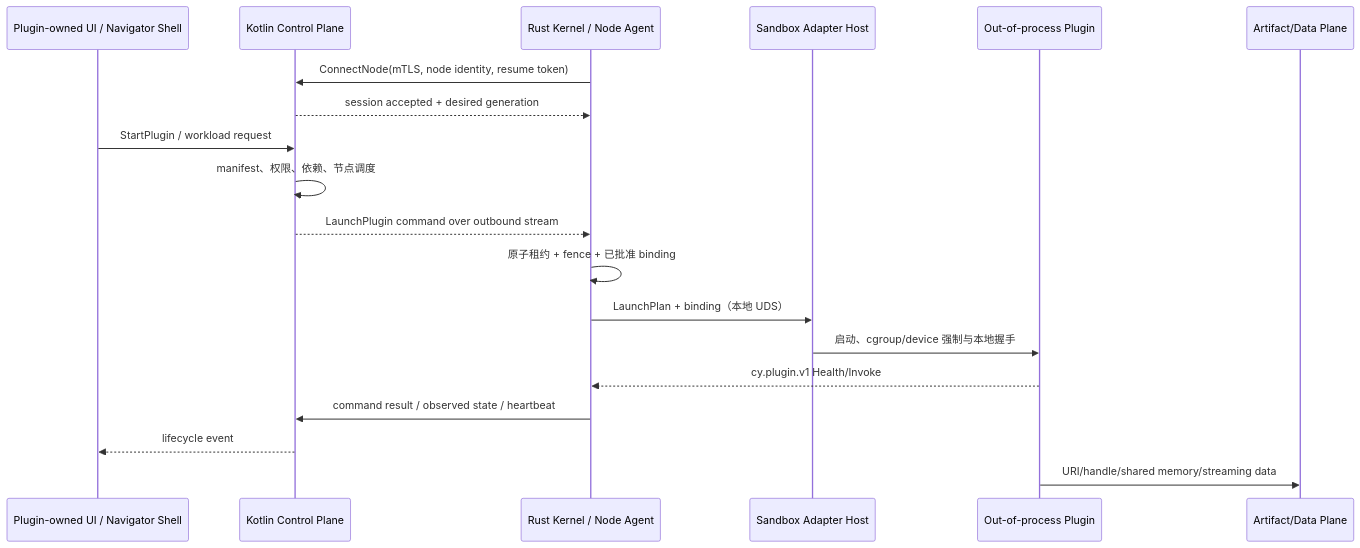
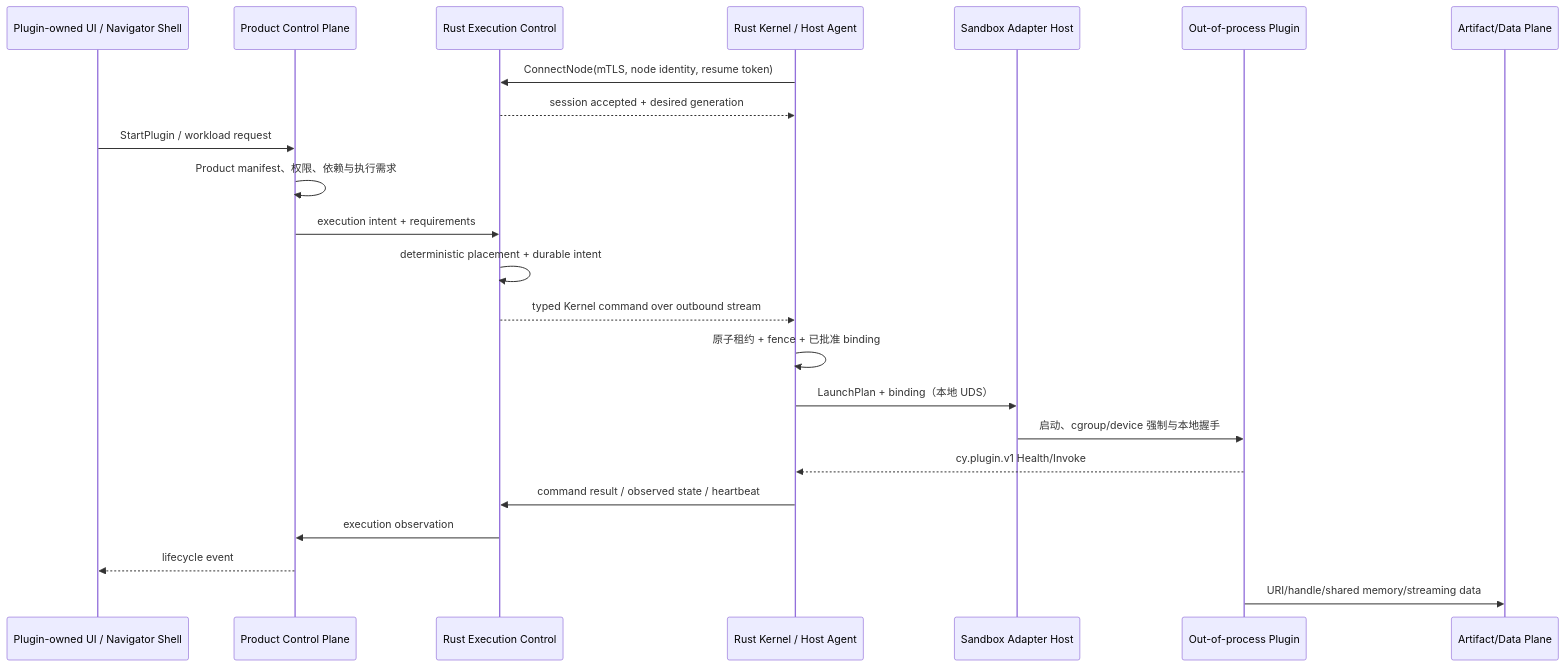
One commit to DoHorizon-AI/Cyrene-Platform changed the diagram in docs/CYRENE_ENGINE_ARCHITECTURE_BLUEPRINT.md. Above: the diagram before and after it, drawn with Mermaid. The commit also changed other lines of this file and 86 other files, not shown here.

Commit message:
feat(fabric): add canonical execution assignment control

````diff
--- a/docs/CYRENE_ENGINE_ARCHITECTURE_BLUEPRINT.md
+++ b/docs/CYRENE_ENGINE_ARCHITECTURE_BLUEPRINT.md
@@ -184,22 +186,26 @@
 ```mermaid
 sequenceDiagram
     participant UI as Plugin-owned UI / Navigator Shell
-    participant CP as Kotlin Control Plane
-    participant K as Rust Kernel / Node Agent
+    participant CP as Product Control Plane
+    participant EC as Rust Execution Control
+    participant K as Rust Kernel / Host Agent
     participant S as Sandbox Adapter Host
     participant P as Out-of-process Plugin
     participant D as Artifact/Data Plane
 
-    K->>CP: ConnectNode(mTLS, node identity, resume token)
-    CP-->>K: session accepted + desired generation
+    K->>EC: ConnectNode(mTLS, node identity, resume token)
+    EC-->>K: session accepted + desired generation
     UI->>CP: StartPlugin / workload request
-    CP->>CP: manifest、权限、依赖、节点调度
-    CP-->>K: LaunchPlugin command over outbound stream
+    CP->>CP: Product manifest、权限、依赖与执行需求
+    CP->>EC: execution intent + requirements
+    EC->>EC: deterministic placement + durable intent
+    EC-->>K: typed Kernel command over outbound stream
     K->>K: 原子租约 + fence + 已批准 binding
     K->>S: LaunchPlan + binding（本地 UDS）
     S->>P: 启动、cgroup/device 强制与本地握手
     P-->>K: cy.plugin.v1 Health/Invoke
-    K->>CP: command result / observed state / heartbeat
+    K->>EC: command result / observed state / heartbeat
+    EC->>CP: execution observation
     CP-->>UI: lifecycle event
     P->>D: URI/handle/shared memory/streaming data
 ```
````
